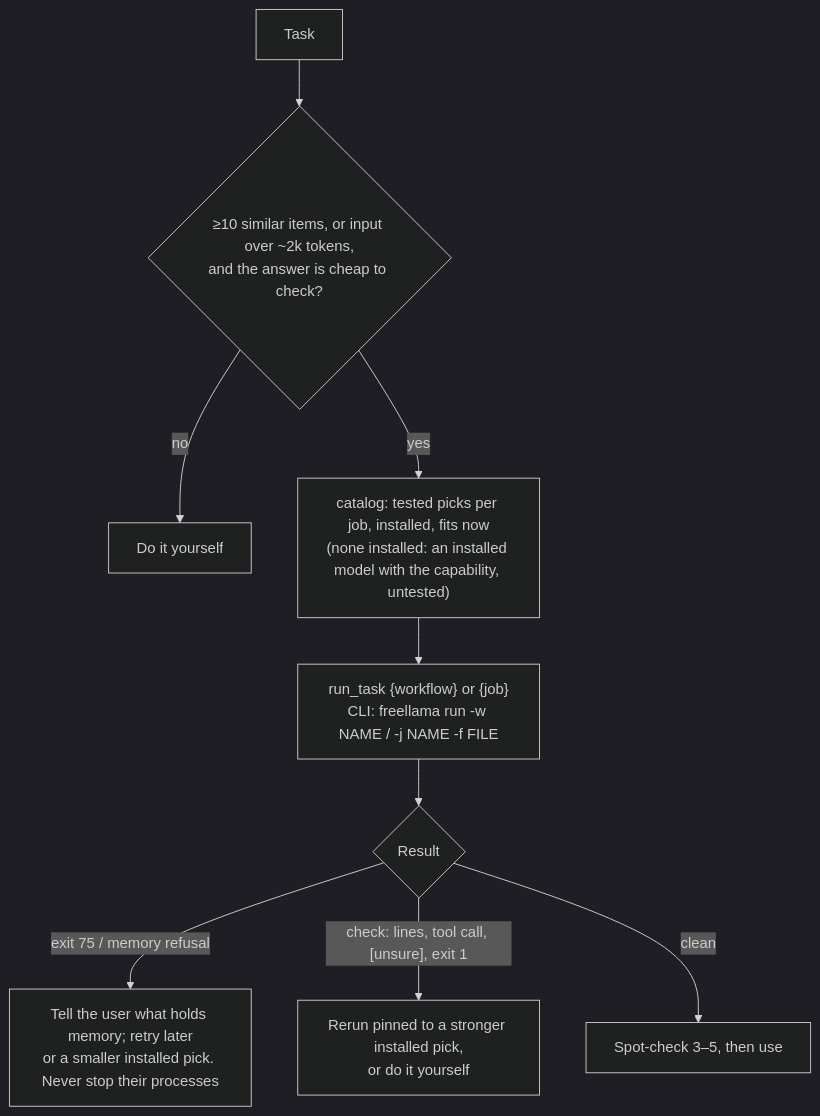
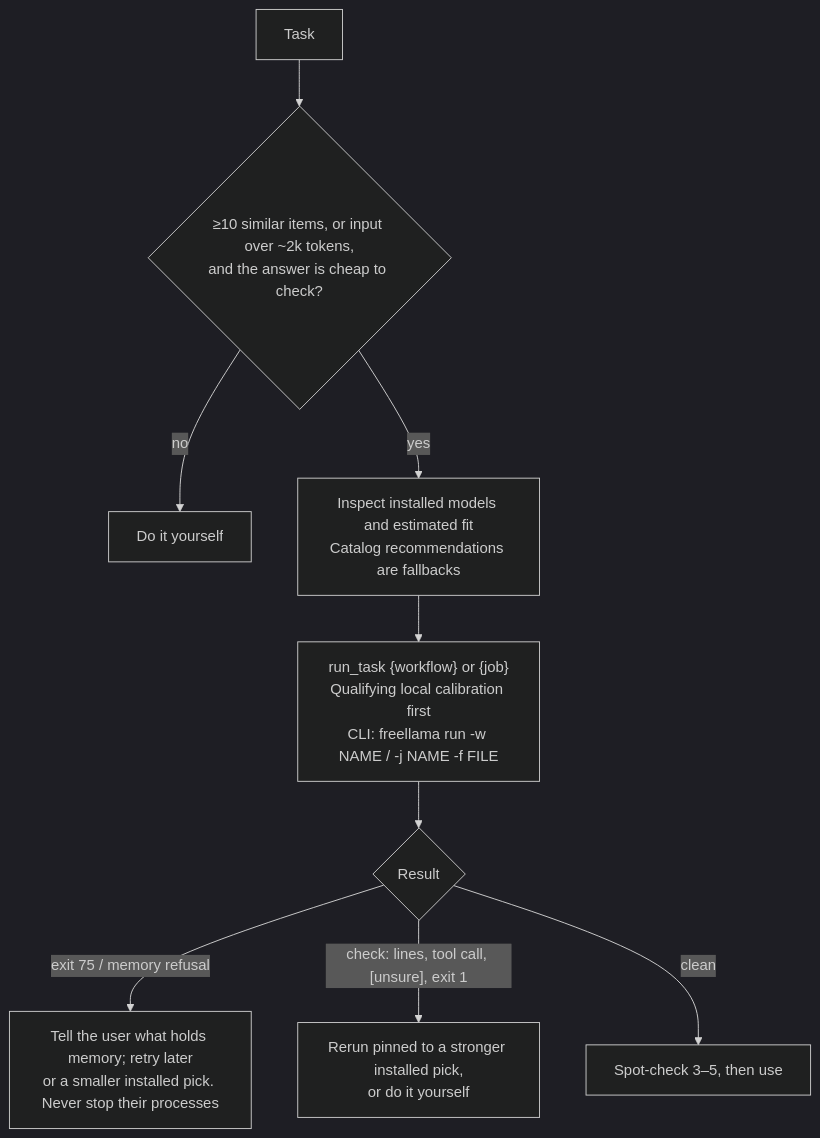
The diagram in skills/freellama/SKILL.md (bgauryy/FreeLlama), drawn with Mermaid (dark theme) before and after one commit. The commit also changed other lines of this file and 166 other files, not shown here.

````diff
--- a/skills/freellama/SKILL.md
+++ b/skills/freellama/SKILL.md
@@ -10,11 +10,11 @@
 ```mermaid
 flowchart TD
   A[Task] --> B{"≥10 similar items, or input over ~2k tokens,<br/>and the answer is cheap to check?"}
   B -- no --> Z[Do it yourself]
-  B -- yes --> C["catalog: tested picks per job, installed, fits now<br/>(none installed: an installed model with the capability, untested)"]
-  C --> D["run_task {workflow} or {job}<br/>CLI: freellama run -w NAME / -j NAME -f FILE"]
+  B -- yes --> C["Inspect installed models and estimated fit<br/>Catalog recommendations are fallbacks"]
+  C --> D["run_task {workflow} or {job}<br/>Qualifying local calibration first<br/>CLI: freellama run -w NAME / -j NAME -f FILE"]
   D --> E{"Result"}
   E -- "exit 75 / memory refusal" --> F["Tell the user what holds memory; retry later<br/>or a smaller installed pick. Never stop their processes"]
   E -- "check: lines, tool call, [unsure], exit 1" --> G["Rerun pinned to a stronger installed pick,<br/>or do it yourself"]
   E -- clean --> H["Spot-check 3–5, then use"]
 ```
````
